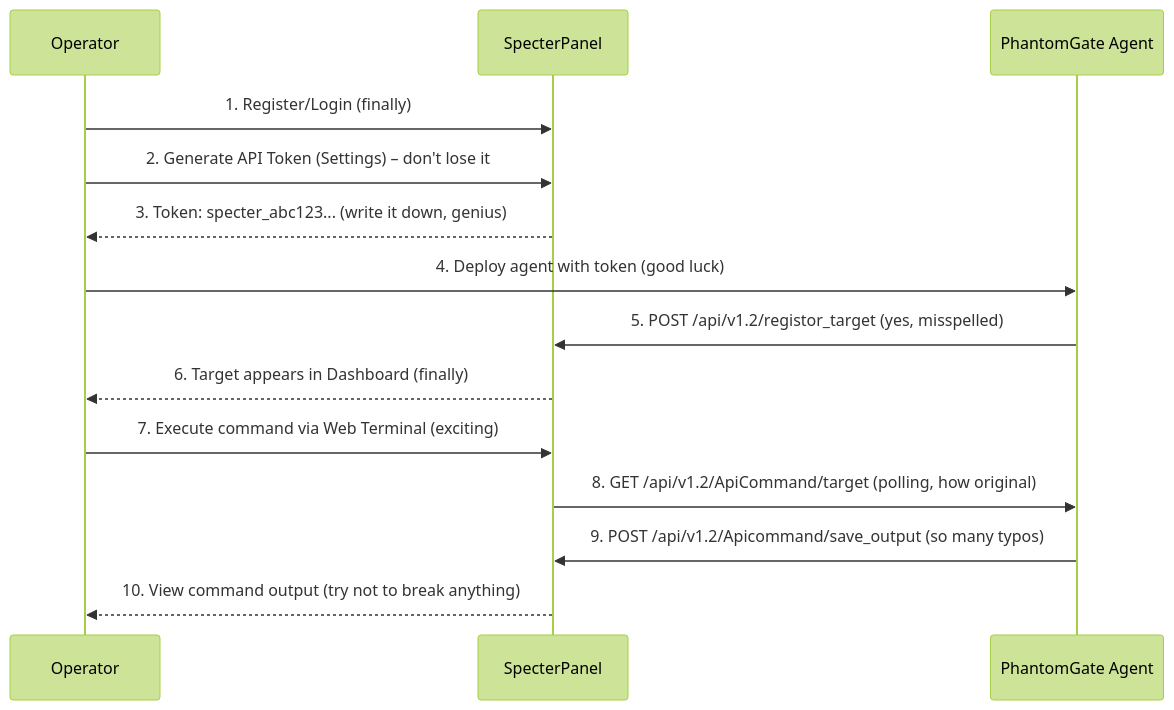
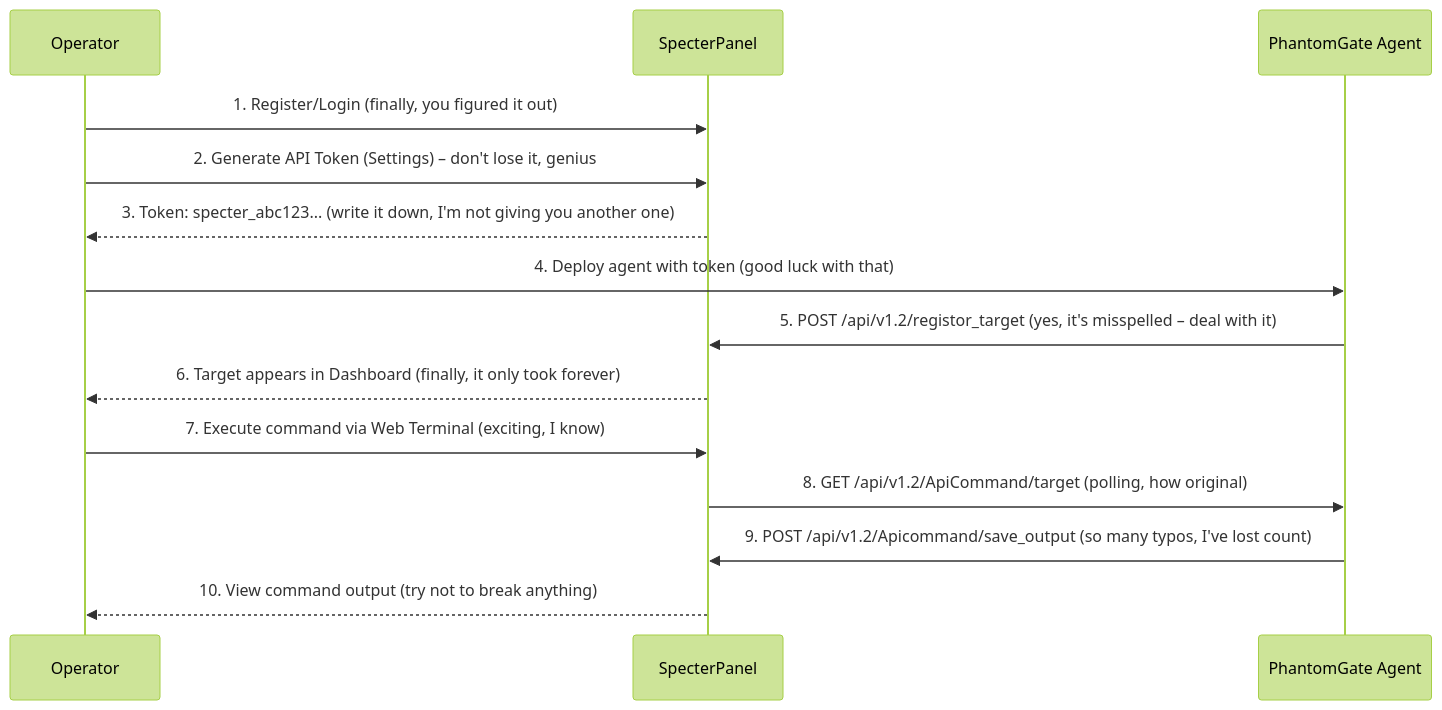
One commit to omerKkemal/oh-tool-v2 changed the diagram in README.md. Above: the diagram before and after it, drawn with Mermaid (forest theme). The commit also changed other lines of this file, not shown here.

````diff
--- a/README.md
+++ b/README.md
@@ -35,14 +38,14 @@
 ```mermaid
 sequenceDiagram
     
-    Operator ->> SpecterPanel: 1. Register/Login (finally)
-    Operator ->> SpecterPanel: 2. Generate API Token (Settings) – don't lose it
-    SpecterPanel -->> Operator: 3. Token: specter_abc123... (write it down, genius)
-    Operator ->> PhantomGate Agent: 4. Deploy agent with token (good luck)
-    PhantomGate Agent ->> SpecterPanel: 5. POST /api/v1.2/registor_target (yes, misspelled)
-    SpecterPanel -->> Operator: 6. Target appears in Dashboard (finally)
-    Operator ->> SpecterPanel: 7. Execute command via Web Terminal (exciting)
+    Operator ->> SpecterPanel: 1. Register/Login (finally, you figured it out)
+    Operator ->> SpecterPanel: 2. Generate API Token (Settings) – don't lose it, genius
+    SpecterPanel -->> Operator: 3. Token: specter_abc123... (write it down, I'm not giving you another one)
+    Operator ->> PhantomGate Agent: 4. Deploy agent with token (good luck with that)
+    PhantomGate Agent ->> SpecterPanel: 5. POST /api/v1.2/registor_target (yes, it's misspelled – deal with it)
+    SpecterPanel -->> Operator: 6. Target appears in Dashboard (finally, it only took forever)
+    Operator ->> SpecterPanel: 7. Execute command via Web Terminal (exciting, I know)
     SpecterPanel ->> PhantomGate Agent: 8. GET /api/v1.2/ApiCommand/target (polling, how original)
-    PhantomGate Agent ->> SpecterPanel: 9. POST /api/v1.2/Apicommand/save_output (so many typos)
+    PhantomGate Agent ->> SpecterPanel: 9. POST /api/v1.2/Apicommand/save_output (so many typos, I've lost count)
     SpecterPanel -->> Operator: 10. View command output (try not to break anything)
 ```
````
